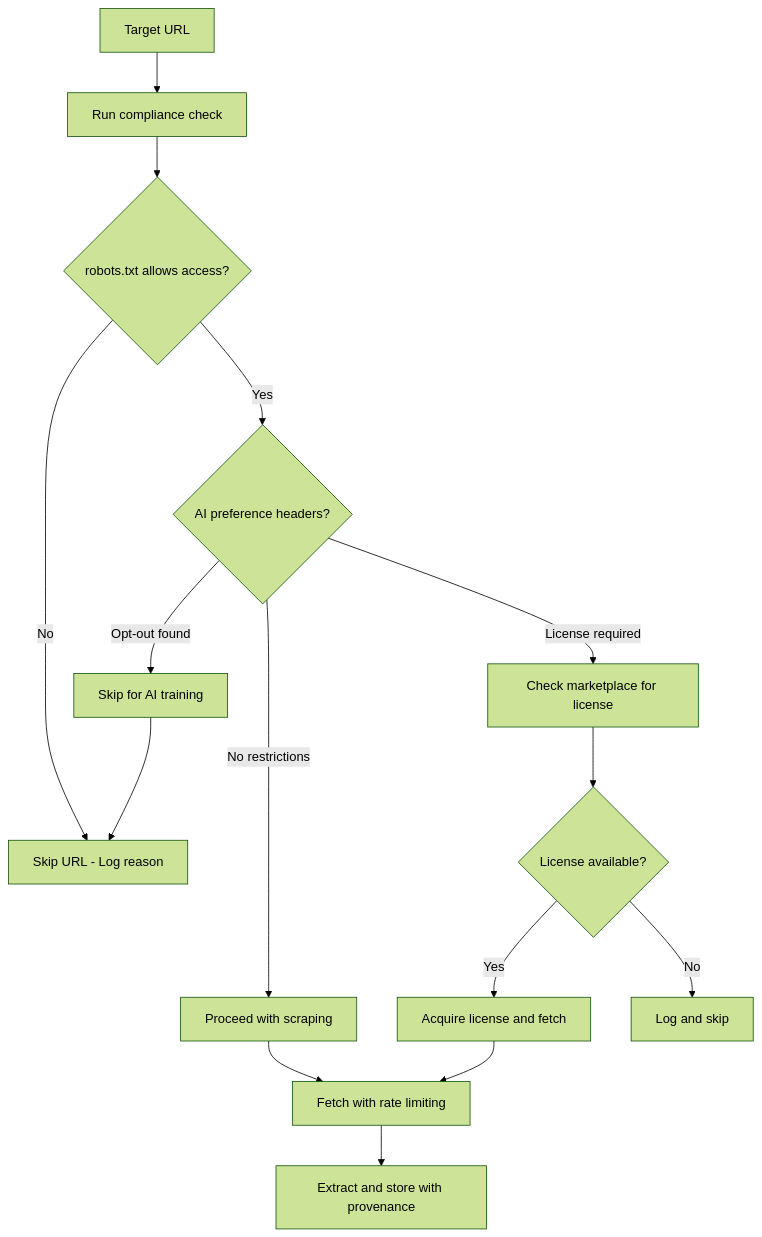
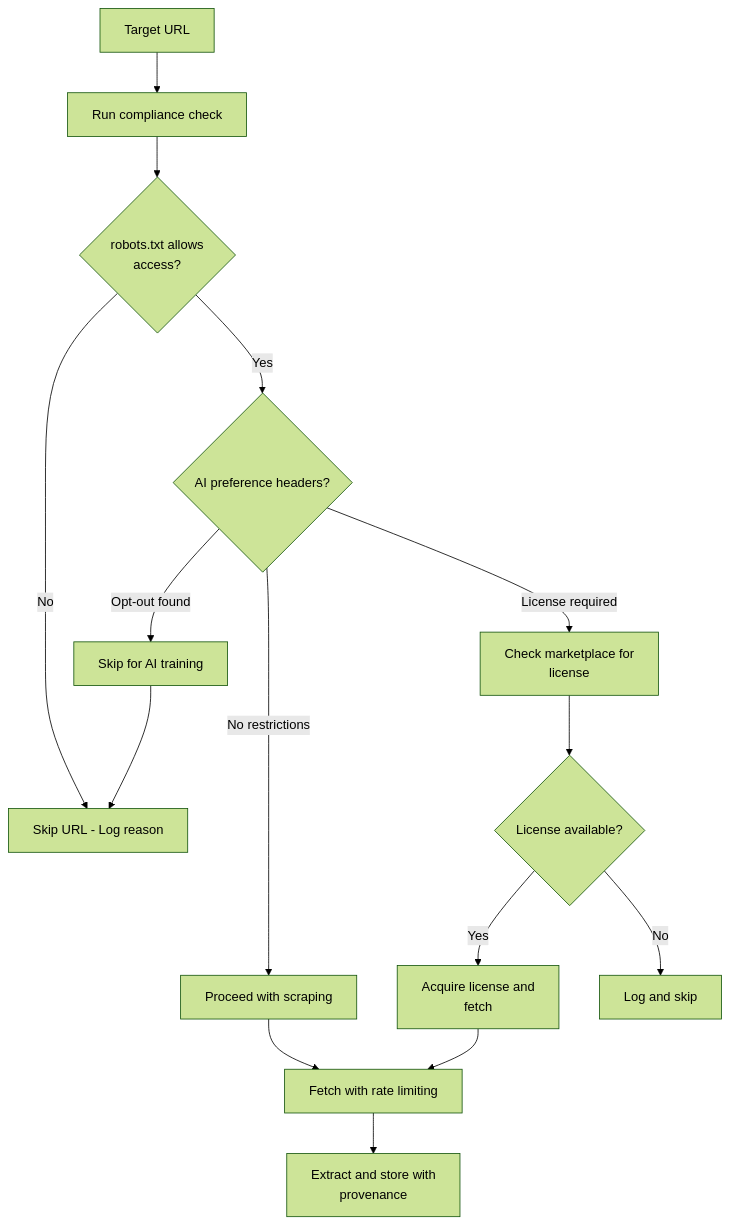
One commit to bytetunnels/bytetunnels.github.com changed the third of 3 diagrams in _posts/2026-02-10-microsofts-content-marketplace-from-scraping-to-licensing.md. Above: the diagram before and after it, drawn with Mermaid (forest theme). The commit also changed other lines of this file and 118 other files, not shown here.

Commit message:
feat: improve diagram styling and compact wide flowcharts

````diff
--- a/_posts/2026-02-10-microsofts-content-marketplace-from-scraping-to-licensing.md
+++ b/_posts/2026-02-10-microsofts-content-marketplace-from-scraping-to-licensing.md
@@ -256,17 +259,17 @@
 ```mermaid
 flowchart TD
     A["Target URL"] --> B["Run compliance check"]
-    B --> C{"robots.txt allows access?"}
+    B --> C{"robots.txt allows<br/>access?"}
     C -->|No| D["Skip URL - Log reason"]
     C -->|Yes| E{"AI preference headers?"}
     E -->|Opt-out found| F["Skip for AI training"]
-    E -->|License required| G["Check marketplace for license"]
+    E -->|License required| G["Check marketplace for<br/>license"]
     E -->|No restrictions| H["Proceed with scraping"]
     G --> I{"License available?"}
-    I -->|Yes| J["Acquire license and fetch"]
+    I -->|Yes| J["Acquire license and<br/>fetch"]
     I -->|No| K["Log and skip"]
     H --> L["Fetch with rate limiting"]
     J --> L
-    L --> M["Extract and store with provenance"]
+    L --> M["Extract and store with<br/>provenance"]
     F --> D
 ```
````
